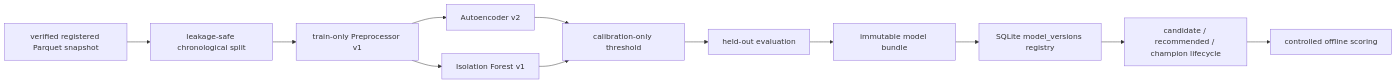
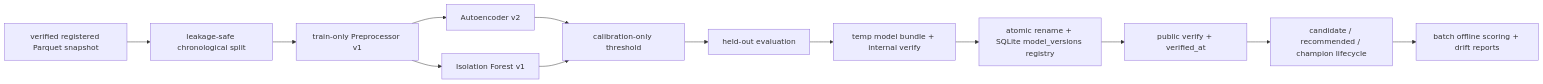
The diagram in docs/ML_PIPELINE.md (IskhakovMA/SentinelUEBA), drawn with Mermaid before and after one commit. The commit also changed other lines of this file and 19 other files, not shown here.

````diff
--- a/docs/ML_PIPELINE.md
+++ b/docs/ML_PIPELINE.md
@@ -5,14 +5,15 @@
 ```mermaid
 flowchart LR
   A["verified registered Parquet snapshot"] --> B["leakage-safe chronological split"]
   B --> C["train-only Preprocessor v1"]
   C --> D["Autoencoder v2"]
   C --> E["Isolation Forest v1"]
   D --> F["calibration-only threshold"]
   E --> F
   F --> G["held-out evaluation"]
-  G --> H["immutable model bundle"]
-  H --> I["SQLite model_versions registry"]
-  I --> J["candidate / recommended / champion lifecycle"]
-  J --> K["controlled offline scoring"]
+  G --> H["temp model bundle + internal verify"]
+  H --> I["atomic rename + SQLite model_versions registry"]
+  I --> J["public verify + verified_at"]
+  J --> K["candidate / recommended / champion lifecycle"]
+  K --> L["batch offline scoring + drift reports"]
 ```
````
